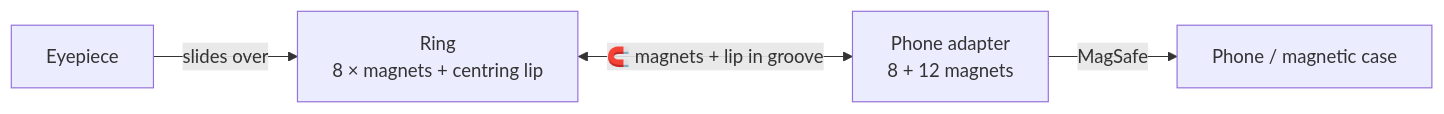
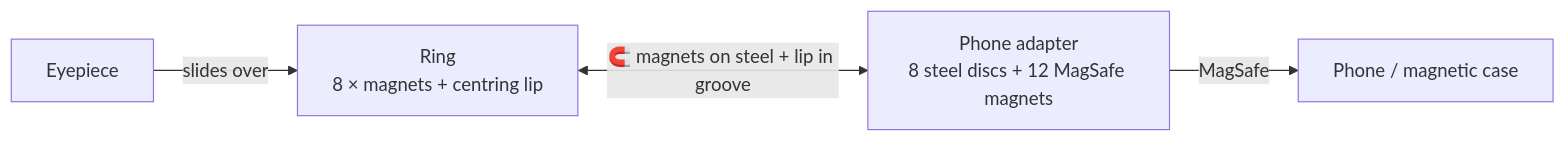
Before and after one commit to tofijak/kestrel: the diagram in README.md, drawn with Mermaid. The commit also changed other lines of this file and 30 other files, not shown here.

First line of the commit message:
Adapter: steel discs instead of magnets on the scope side

````diff
--- a/README.md
+++ b/README.md
@@ -39,6 +39,6 @@
 ```mermaid
 flowchart LR
     E[Eyepiece] -- slides over --> R[Ring<br/>8 × magnets + centring lip]
-    R <-- "🧲 magnets + lip in groove" --> A[Phone adapter<br/>8 + 12 magnets]
+    R <-- "🧲 magnets on steel + lip in groove" --> A[Phone adapter<br/>8 steel discs + 12 MagSafe magnets]
     A -- MagSafe --> P[Phone / magnetic case]
 ```
````
